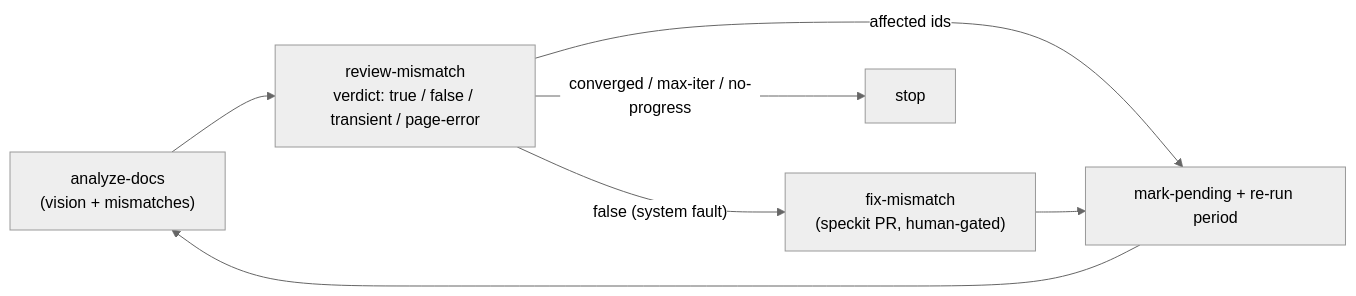
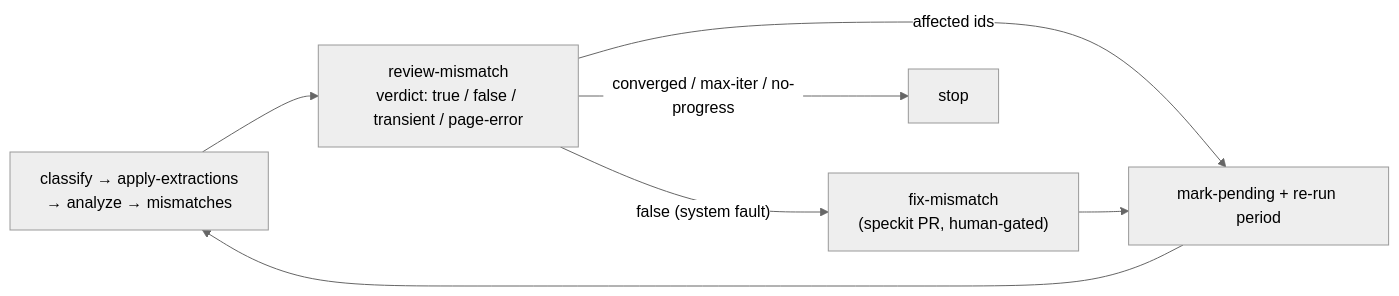
The fourth of 5 diagrams in docs/runbooks/fix-document-vision-mismatch.md (Gchahm/svhc-relatorios), drawn with Mermaid (neutral theme) before and after one commit. The commit also changed other lines of this file and 48 other files, not shown here.

````diff
--- a/docs/runbooks/fix-document-vision-mismatch.md
+++ b/docs/runbooks/fix-document-vision-mismatch.md
@@ -146,9 +150,9 @@
 ```mermaid
 flowchart LR
-    AN["analyze-docs<br/>(vision + mismatches)"] --> RV["review-mismatch<br/>verdict: true / false / transient / page-error"]
+    AN["classify → apply-extractions<br/>→ analyze → mismatches"] --> RV["review-mismatch<br/>verdict: true / false / transient / page-error"]
     RV -->|"false (system fault)"| FX["fix-mismatch<br/>(speckit PR, human-gated)"]
     RV -->|"affected ids"| MP["mark-pending + re-run period"]
     FX --> MP
     MP --> AN
     RV -->|"converged / max-iter / no-progress"| END["stop"]
 ```
````
